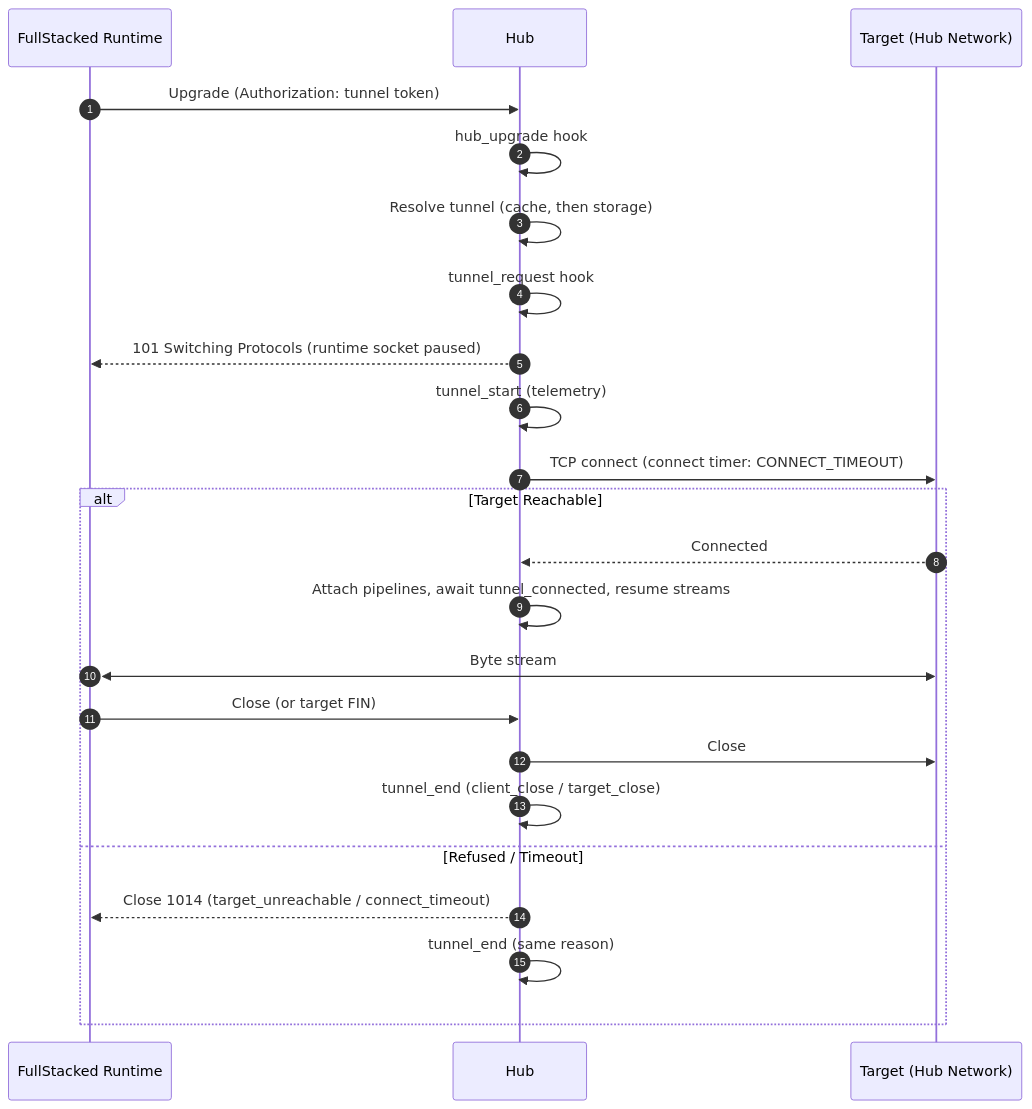
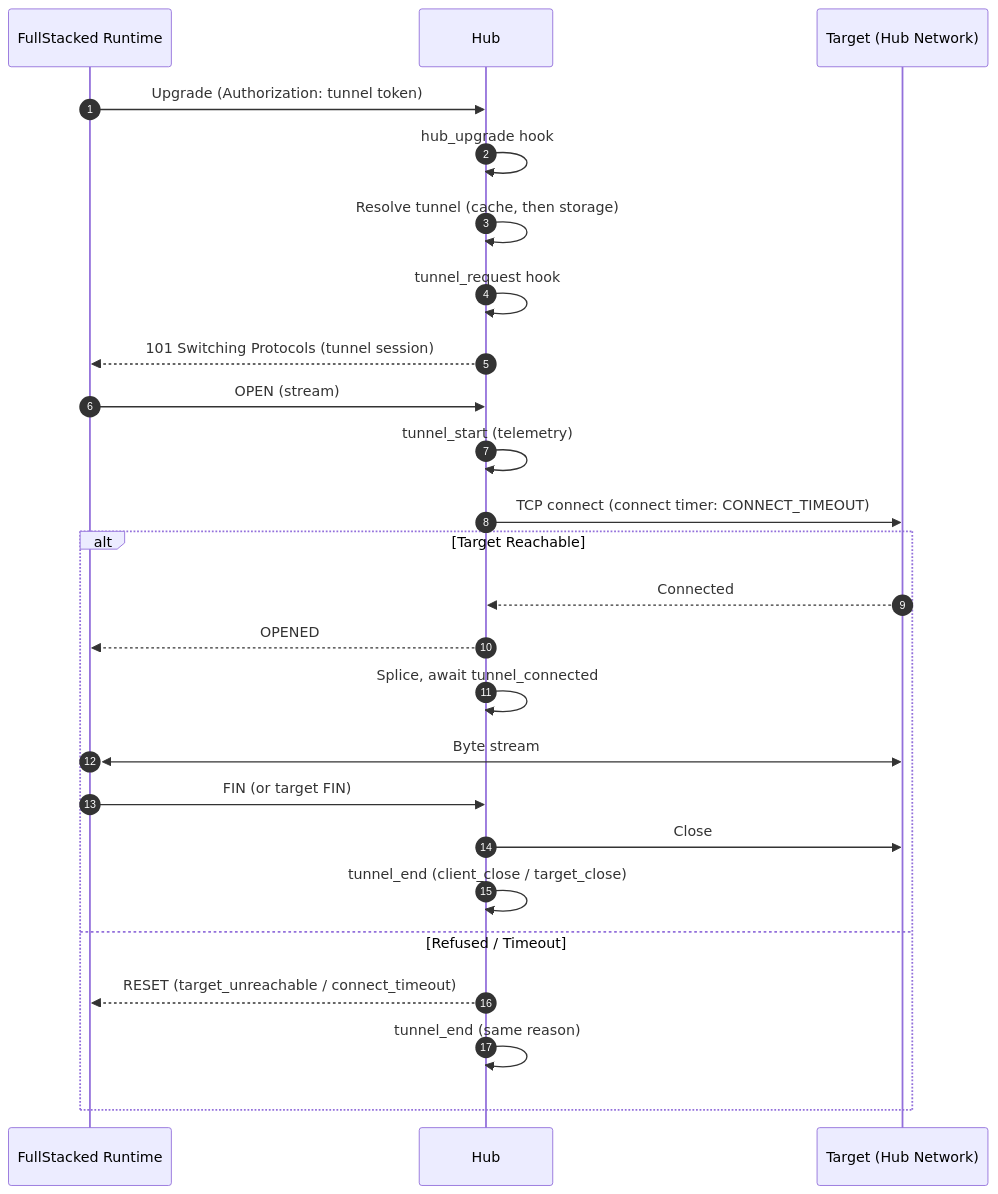
One commit to fullstackedorg/tunnels changed the second of 3 diagrams in docs/1-concepts/architecture.md. Above: the diagram before and after it, drawn with Mermaid. The commit also changed other lines of this file and 56 other files, not shown here.

````diff
--- a/docs/1-concepts/architecture.md
+++ b/docs/1-concepts/architecture.md
@@ -65,26 +65,28 @@
 ```mermaid
 sequenceDiagram
     autonumber
     participant Runtime as FullStacked Runtime
     participant Hub as Hub
     participant Target as Target (Hub Network)
 
     Runtime->>Hub: Upgrade (Authorization: tunnel token)
     Hub->>Hub: hub_upgrade hook
     Hub->>Hub: Resolve tunnel (cache, then storage)
     Hub->>Hub: tunnel_request hook
-    Hub-->>Runtime: 101 Switching Protocols (runtime socket paused)
+    Hub-->>Runtime: 101 Switching Protocols (tunnel session)
+    Runtime->>Hub: OPEN (stream)
     Hub->>Hub: tunnel_start (telemetry)
     Hub->>Target: TCP connect (connect timer: CONNECT_TIMEOUT)
     alt Target Reachable
         Target-->>Hub: Connected
-        Hub->>Hub: Attach pipelines, await tunnel_connected, resume streams
+        Hub-->>Runtime: OPENED
+        Hub->>Hub: Splice, await tunnel_connected
         Runtime<<->>Target: Byte stream
-        Runtime->>Hub: Close (or target FIN)
+        Runtime->>Hub: FIN (or target FIN)
         Hub->>Target: Close
         Hub->>Hub: tunnel_end (client_close / target_close)
     else Refused / Timeout
-        Hub-->>Runtime: Close 1014 (target_unreachable / connect_timeout)
+        Hub-->>Runtime: RESET (target_unreachable / connect_timeout)
         Hub->>Hub: tunnel_end (same reason)
     end
 ```
````
